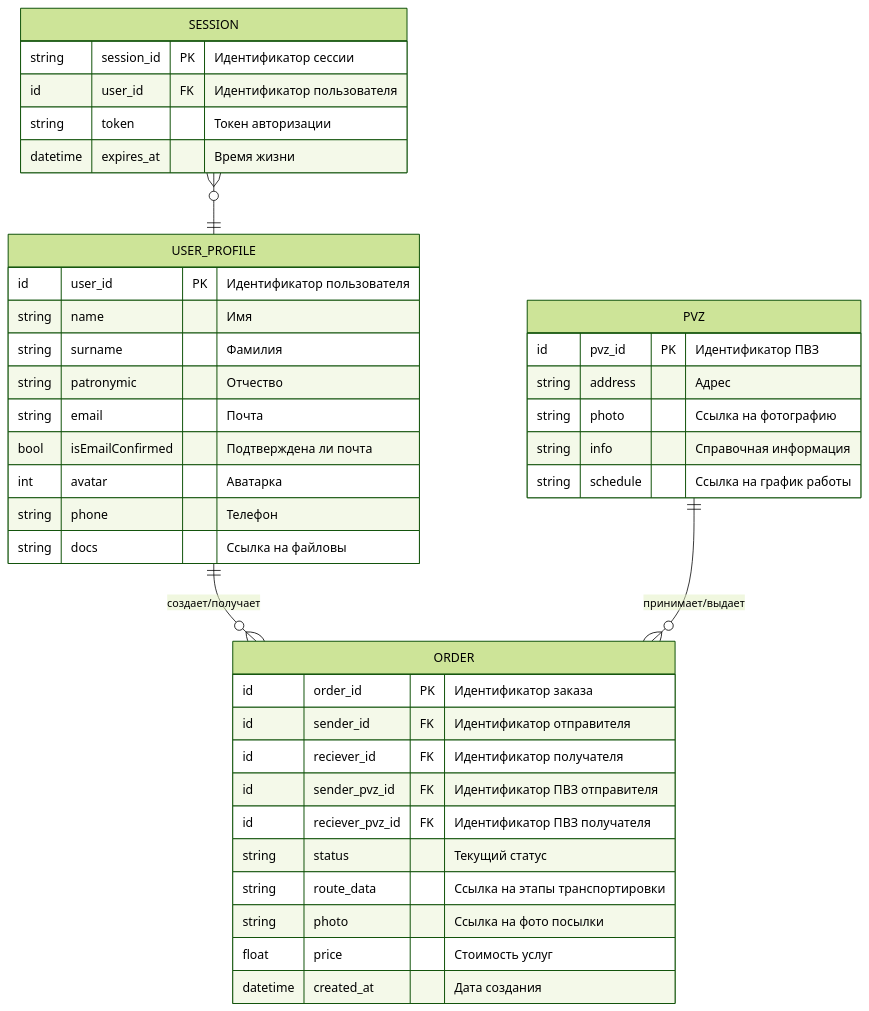
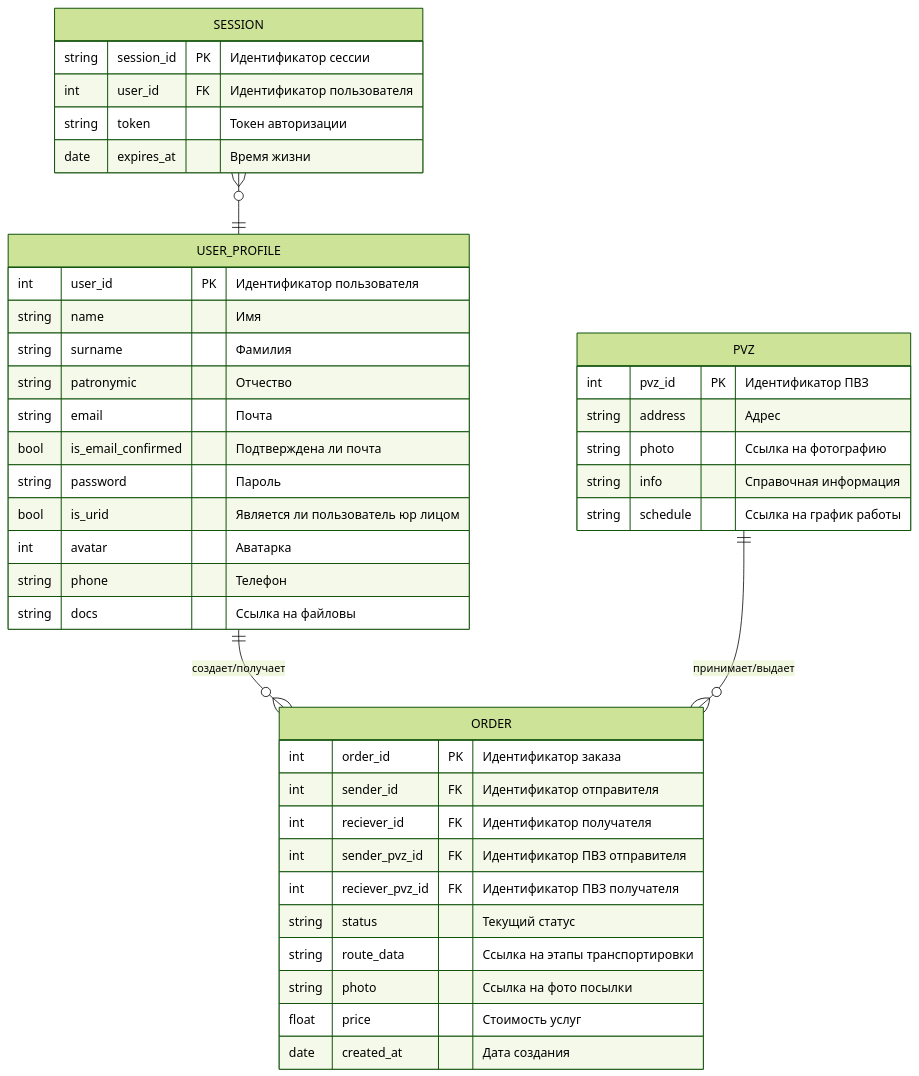
The diagram in README.md (niggumin/highload), drawn with Mermaid (forest theme) before and after one commit. The commit also changed other lines of this file, not shown here.

Commit message:
several changes

````diff
--- a/README.md
+++ b/README.md
@@ -175,46 +175,48 @@
 ```mermaid
 erDiagram
     USER_PROFILE ||--o{ ORDER : "создает/получает"
     PVZ ||--o{ ORDER : "принимает/выдает"
     SESSION }o--|| USER_PROFILE : ""
 
     USER_PROFILE {
-        id user_id PK "Идентификатор пользователя"
+        int user_id PK "Идентификатор пользователя"
         string name "Имя"
         string surname "Фамилия"
         string patronymic "Отчество"
         string email "Почта"
-        bool isEmailConfirmed "Подтверждена ли почта"
+        bool is_email_confirmed "Подтверждена ли почта"
+        string password "Пароль"
+        bool is_urid "Является ли пользователь юр лицом"
         int avatar "Аватарка"
         string phone "Телефон"
         string docs "Ссылка на файловы"
     }
 
     ORDER {
-        id order_id PK "Идентификатор заказа"
-        id sender_id FK "Идентификатор отправителя"
-        id reciever_id FK "Идентификатор получателя"
-        id sender_pvz_id FK "Идентификатор ПВЗ отправителя"
-        id reciever_pvz_id FK "Идентификатор ПВЗ получателя"
+        int order_id PK "Идентификатор заказа"
+        int sender_id FK "Идентификатор отправителя"
+        int reciever_id FK "Идентификатор получателя"
+        int sender_pvz_id FK "Идентификатор ПВЗ отправителя"
+        int reciever_pvz_id FK "Идентификатор ПВЗ получателя"
         string status "Текущий статус"
         string route_data "Ссылка на этапы транспортировки"
         string photo "Ссылка на фото посылки"
         float price "Стоимость услуг"
-        datetime created_at "Дата создания"
+        date created_at "Дата создания"
     }
 
     PVZ {
-        id pvz_id PK "Идентификатор ПВЗ"
+        int pvz_id PK "Идентификатор ПВЗ"
         string address "Адрес"
         string photo "Ссылка на фотографию"
         string info "Справочная информация"
         string schedule "Ссылка на график работы"
     }
 
     SESSION {
         string session_id PK "Идентификатор сессии"
-        id user_id FK "Идентификатор пользователя"
+        int user_id FK "Идентификатор пользователя"
         string token "Токен авторизации"
-        datetime expires_at "Время жизни"
+        date expires_at "Время жизни"
     }
 ```
````
